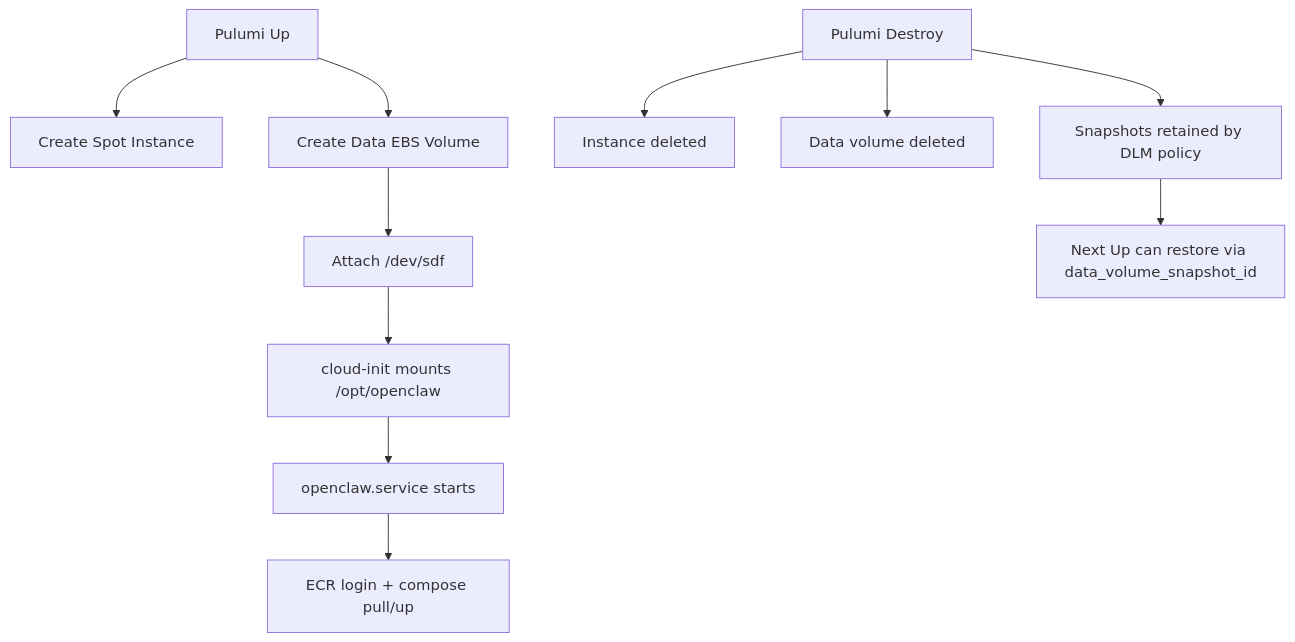
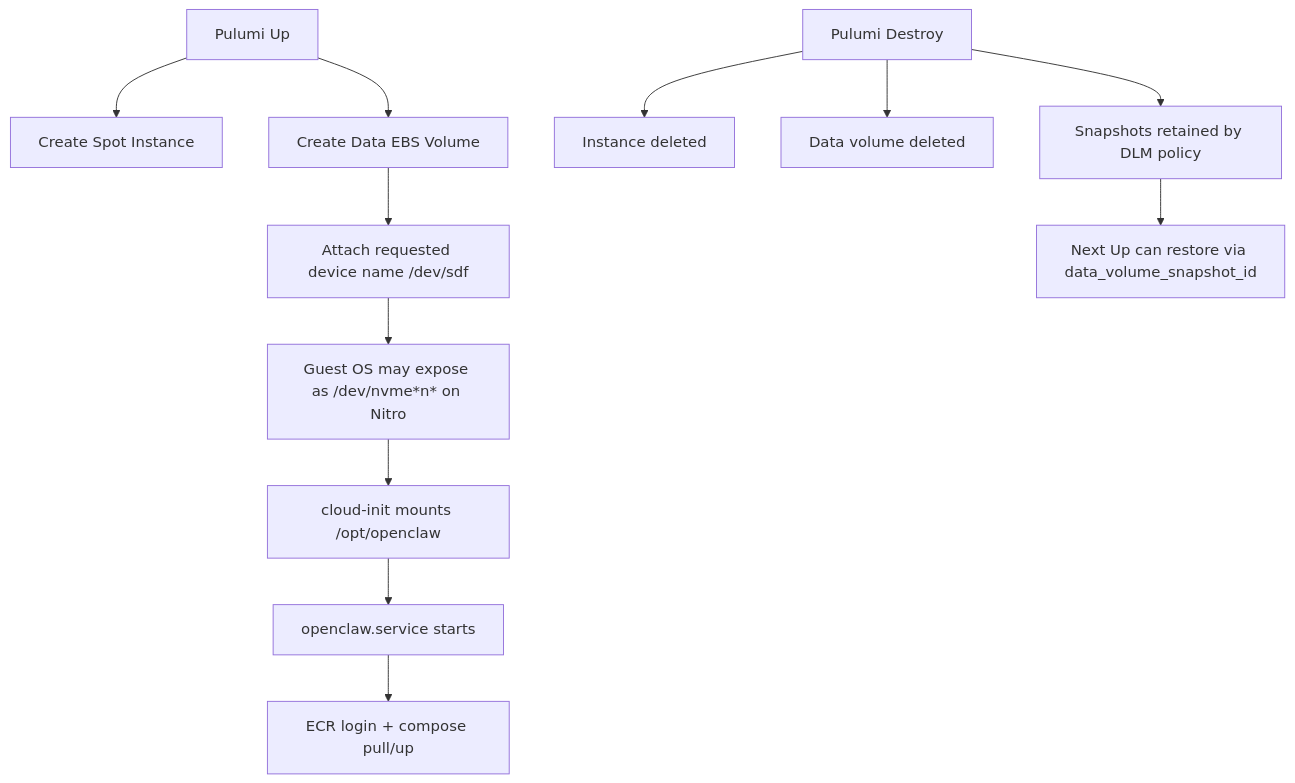
One commit to sbasir/openclaw-lab changed the diagram in ec2-spot/ARCHITECTURE.md. Above: the diagram before and after it, drawn with Mermaid. The commit also changed other lines of this file and 13 other files, not shown here.

````diff
--- a/ec2-spot/ARCHITECTURE.md
+++ b/ec2-spot/ARCHITECTURE.md
@@ -85,14 +87,15 @@
 ```mermaid
 flowchart TD
   A[Pulumi Up] --> B[Create Spot Instance]
   A --> C[Create Data EBS Volume]
-  C --> D[Attach /dev/sdf]
-  D --> E[cloud-init mounts /opt/openclaw]
+  C --> D[Attach requested device name /dev/sdf]
+  D --> D2[Guest OS may expose as /dev/nvme*n* on Nitro]
+  D2 --> E[cloud-init mounts /opt/openclaw]
   E --> F[openclaw.service starts]
   F --> G[ECR login + compose pull/up]
 
   H[Pulumi Destroy] --> I[Instance deleted]
   H --> J[Data volume deleted]
   H --> K[Snapshots retained by DLM policy]
   K --> L[Next Up can restore via data_volume_snapshot_id]
 ```
````
